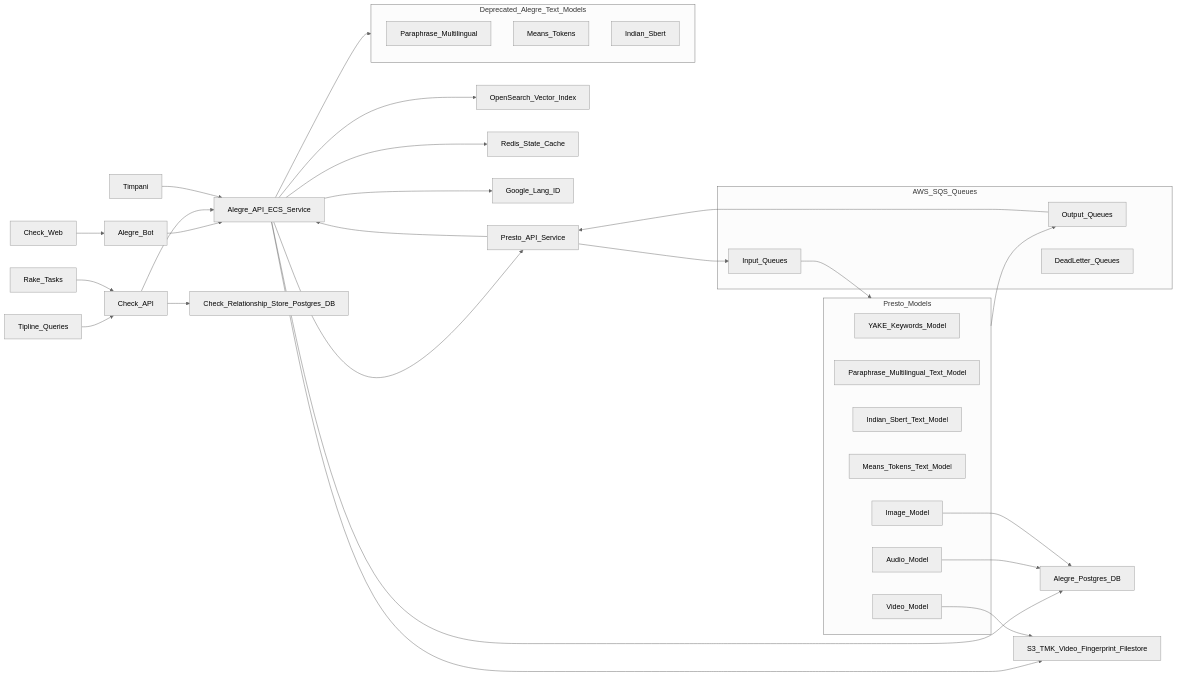
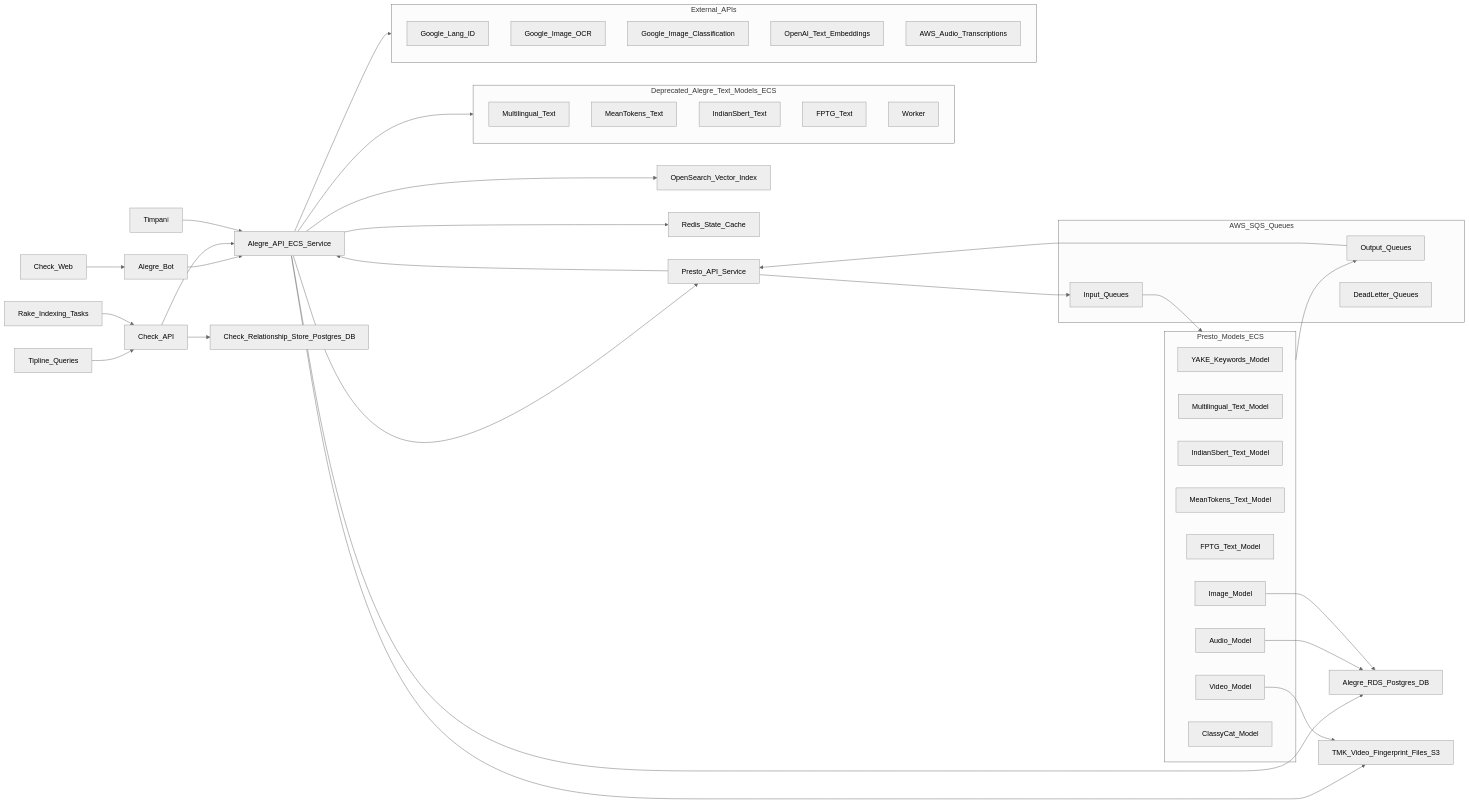
The diagram in doc/meedan_similarity_infra_overview.md (meedan/alegre), drawn with Mermaid (neutral theme) before and after one commit. The commit also changed other lines of this file and 1 other file, not shown here.

Commit message:
added explanation and API dependencies

````diff
--- a/doc/meedan_similarity_infra_overview.md
+++ b/doc/meedan_similarity_infra_overview.md
@@ -5,49 +17,59 @@
 ```mermaid
     graph LR
         Tipline_Queries --> Check_API
         Check_Web --> Alegre_Bot  --> Alegre_API_ECS_Service
-        Rake_Tasks --> Check_API
+        Rake_Indexing_Tasks --> Check_API
         Check_API --> Check_Relationship_Store_Postgres_DB
         Check_API --> Alegre_API_ECS_Service
         Timpani --> Alegre_API_ECS_Service
-        Alegre_API_ECS_Service --> Alegre_Postgres_DB
+        Alegre_API_ECS_Service --> Alegre_RDS_Postgres_DB
         Alegre_API_ECS_Service --> OpenSearch_Vector_Index
         Alegre_API_ECS_Service --> Redis_State_Cache
 
-        Alegre_API_ECS_Service --> S3_TMK_Video_Fingerprint_Filestore
-        subgraph Deprecated_Alegre_Text_Models
-            Paraphrase_Multilingual
-            Means_Tokens
-            Indian_Sbert
+        Alegre_API_ECS_Service --> TMK_Video_Fingerprint_Files_S3
+        subgraph Deprecated_Alegre_Text_Models_ECS
+            Multilingual_Text
+            MeanTokens_Text
+            IndianSbert_Text
+            FPTG_Text
+            Worker
         end
-        Alegre_API_ECS_Service --> Deprecated_Alegre_Text_Models
-        Alegre_API_ECS_Service --> Google_Lang_ID
+        Alegre_API_ECS_Service --> Deprecated_Alegre_Text_Models_ECS
 
-
+        subgraph External_APIs
+            Google_Lang_ID
+            Google_Image_OCR
+            Google_Image_Classification
+            OpenAI_Text_Embeddings
+            AWS_Audio_Transcriptions
+        end
+        Alegre_API_ECS_Service --> External_APIs
         Alegre_API_ECS_Service --> Presto_API_Service
         Presto_API_Service --> Alegre_API_ECS_Service
 
         subgraph AWS_SQS_Queues
             Input_Queues
             Output_Queues
             DeadLetter_Queues
         end
 
-        Presto_API_Service --> Input_Queues --> Presto_Models --> Output_Queues --> Presto_API_Service
+        Presto_API_Service --> Input_Queues --> Presto_Models_ECS --> Output_Queues --> Presto_API_Service
 
-        subgraph Presto_Models
+        subgraph Presto_Models_ECS
             YAKE_Keywords_Model
-            Paraphrase_Multilingual_Text_Model
-            Indian_Sbert_Text_Model
-            Means_Tokens_Text_Model
+            Multilingual_Text_Model
+            IndianSbert_Text_Model
+            MeanTokens_Text_Model
+            FPTG_Text_Model
             Video_Model
             Audio_Model
             Image_Model
+            ClassyCat_Model
         end
 
         
-        Video_Model --> S3_TMK_Video_Fingerprint_Filestore
-        Audio_Model --> Alegre_Postgres_DB
-        Image_Model --> Alegre_Postgres_DB
+        Video_Model --> TMK_Video_Fingerprint_Files_S3
+        Audio_Model --> Alegre_RDS_Postgres_DB
+        Image_Model --> Alegre_RDS_Postgres_DB
 
 ```
````
